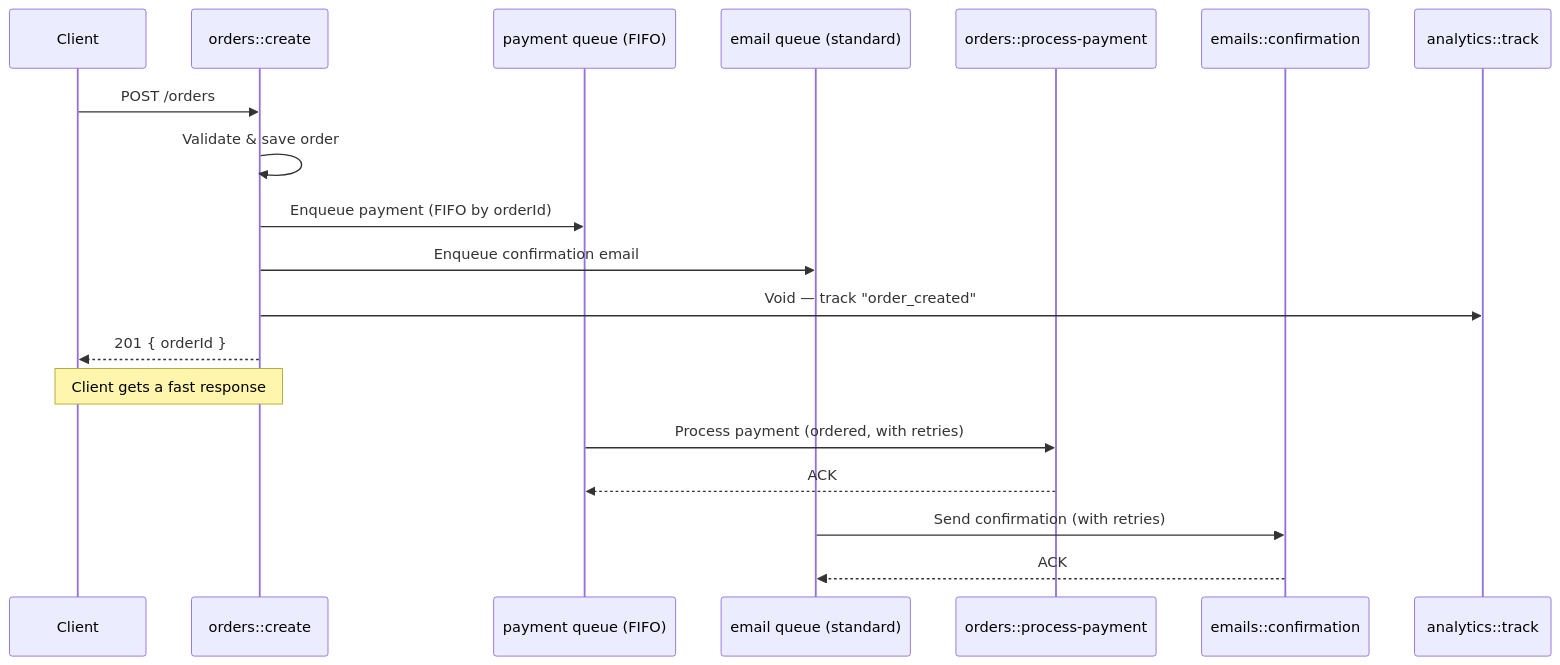
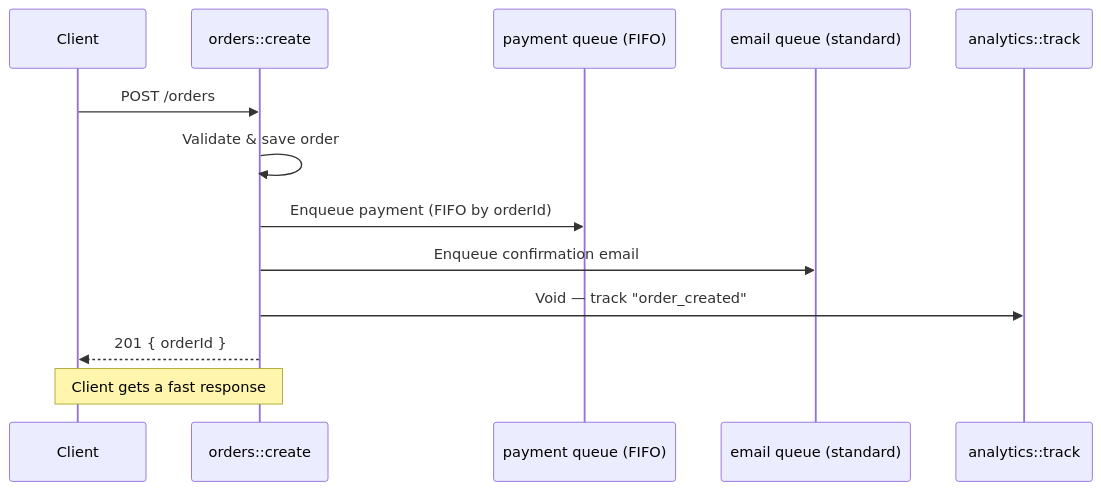
The first of 5 diagrams in docs/how-to/use-named-queues.mdx (iii-hq/iii), drawn with Mermaid before and after one commit. The commit also changed other lines of this file, not shown here.

First line of the commit message:
docs: simplify mermaid diagrams in named queues guide

````diff
--- a/docs/how-to/use-named-queues.mdx
+++ b/docs/how-to/use-named-queues.mdx
@@ -331,25 +330,17 @@
 ```mermaid
 sequenceDiagram
     participant Client
     participant API as orders::create
     participant PQ as payment queue (FIFO)
     participant EQ as email queue (standard)
-    participant Payment as orders::process-payment
-    participant Email as emails::confirmation
     participant Analytics as analytics::track
 
     Client->>API: POST /orders
     API->>API: Validate & save order
     API->>PQ: Enqueue payment (FIFO by orderId)
     API->>EQ: Enqueue confirmation email
     API->>Analytics: Void — track "order_created"
     API-->>Client: 201 { orderId }
 
     Note over Client,API: Client gets a fast response
-
-    PQ->>Payment: Process payment (ordered, with retries)
-    Payment-->>PQ: ACK
-
-    EQ->>Email: Send confirmation (with retries)
-    Email-->>EQ: ACK
 ```
````
